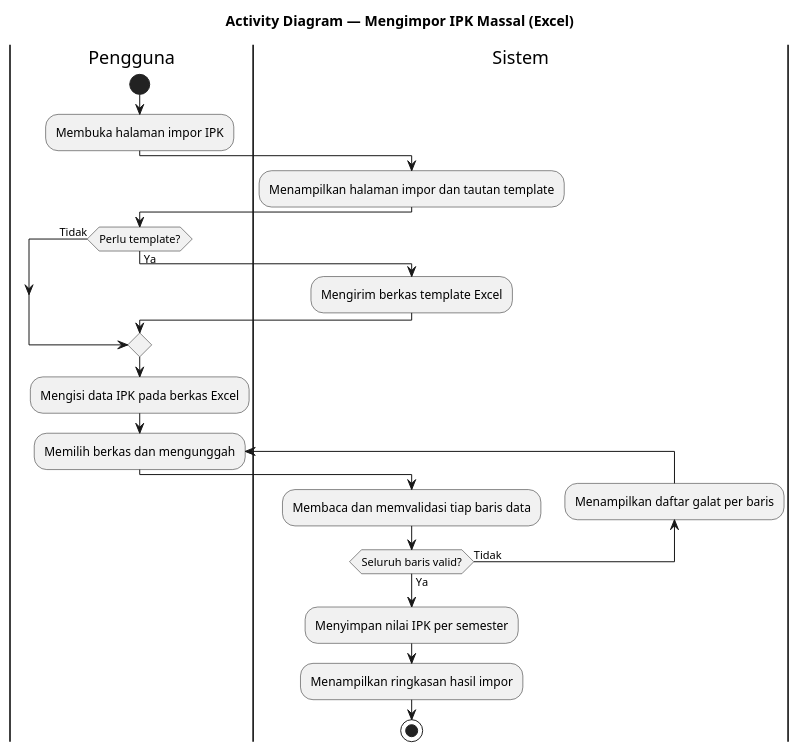
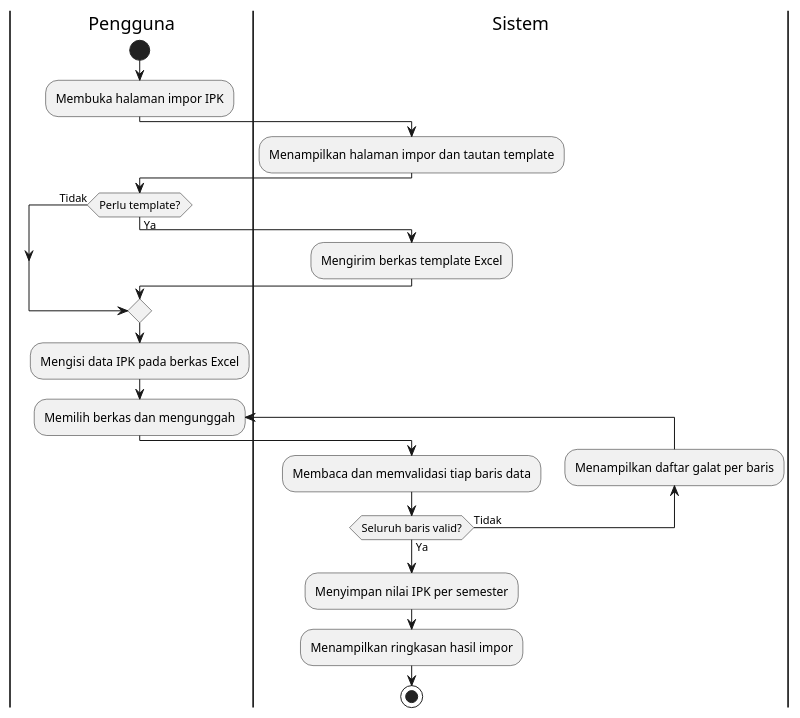
The third of 4 diagrams in docs/vp-import/simaftunsur-activity.puml (bagaskarawg/simaftunsur), drawn with PlantUML before and after one commit. The commit also changed other lines of this file and 137 other files, not shown here.

First line of the commit message:
docs: diagram VP (UC/AD/Class/Sequence/ERD), flowchart algoritma, wireframe & daftar simbol

```diff
--- a/docs/vp-import/simaftunsur-activity.puml
+++ b/docs/vp-import/simaftunsur-activity.puml
@@ -53,24 +53,24 @@
 @startuml AD-03-Impor-IPK-Massal
-title Activity Diagram — Mengimpor IPK Massal (Excel)
+skinparam backgroundColor #FFFFFF
 |Pengguna|
 start
 :Membuka halaman impor IPK;
 |Sistem|
 :Menampilkan halaman impor dan tautan template;
 |Pengguna|
 if (Perlu template?) then (Ya)
   |Sistem|
   :Mengirim berkas template Excel;
   |Pengguna|
 else (Tidak)
 endif
 :Mengisi data IPK pada berkas Excel;
 repeat :Memilih berkas dan mengunggah;
 |Sistem|
 :Membaca dan memvalidasi tiap baris data;
 backward :Menampilkan daftar galat per baris;
 repeat while (Seluruh baris valid?) is (Tidak) not (Ya)
 :Menyimpan nilai IPK per semester;
 :Menampilkan ringkasan hasil impor;
 stop
 @enduml
```
